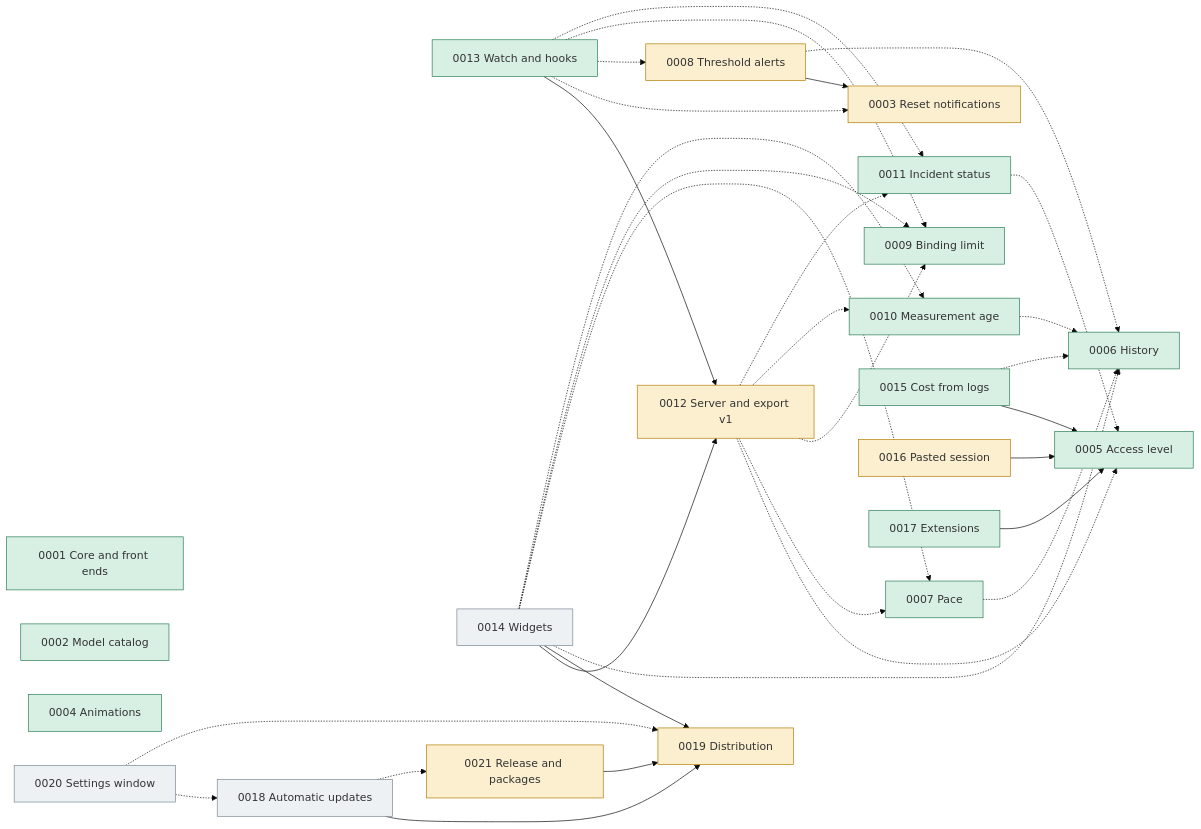
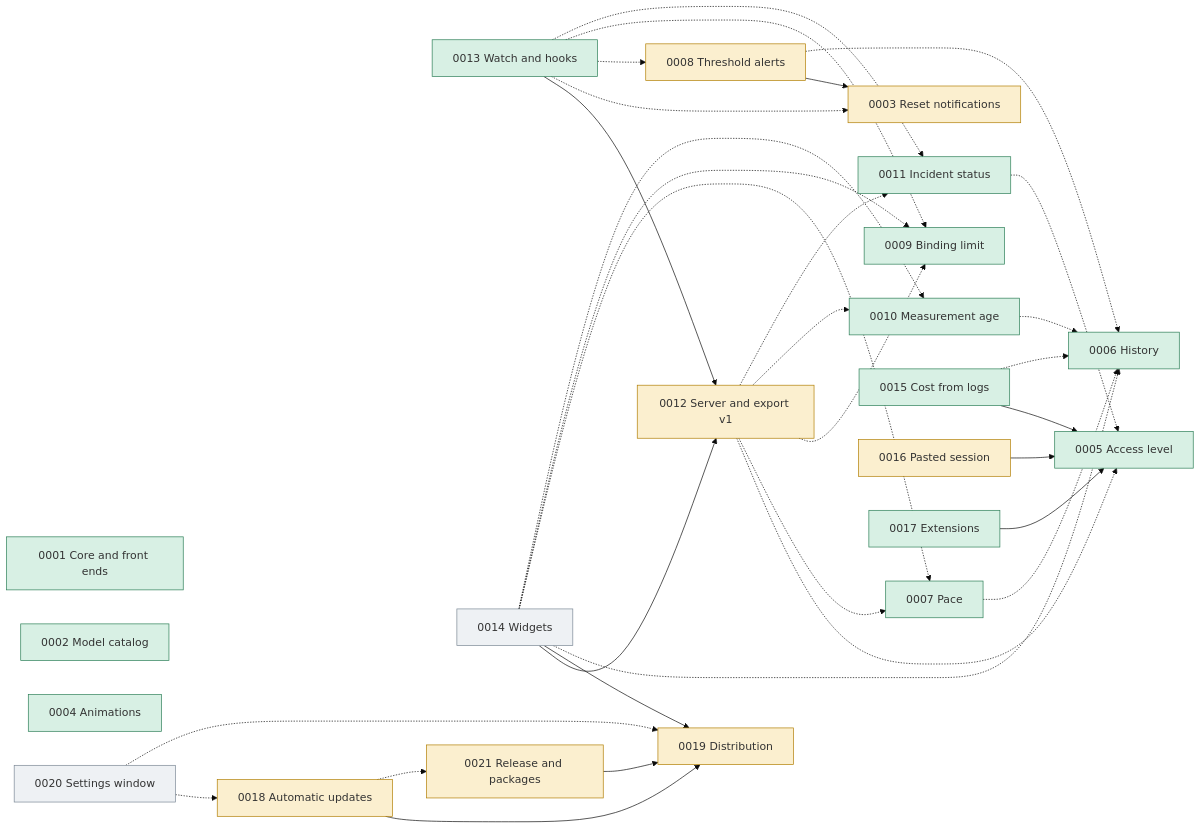
The diagram in docs/plans/0000_control.md (jmarcon/cuotai), drawn with Mermaid (base theme) before and after one commit. The commit also changed other lines of this file and 26 other files, not shown here.

````diff
--- a/docs/plans/0000_control.md
+++ b/docs/plans/0000_control.md
@@ -127,60 +128,60 @@
 ```mermaid
 graph LR
   classDef done fill:#d8f0e4,stroke:#2a7d55
   classDef wip fill:#fbefcf,stroke:#b07d00
   classDef todo fill:#eef1f4,stroke:#7a8794
 
   P1["0001 Core and front ends"]:::done
   P2["0002 Model catalog"]:::done
   P3["0003 Reset notifications"]:::wip
   P4["0004 Animations"]:::done
   P5["0005 Access level"]:::done
   P6["0006 History"]:::done
   P7["0007 Pace"]:::done
   P8["0008 Threshold alerts"]:::wip
   P9["0009 Binding limit"]:::done
   P10["0010 Measurement age"]:::done
   P11["0011 Incident status"]:::done
   P12["0012 Server and export v1"]:::wip
   P13["0013 Watch and hooks"]:::done
   P14["0014 Widgets"]:::todo
   P15["0015 Cost from logs"]:::done
   P16["0016 Pasted session"]:::wip
   P17["0017 Extensions"]:::done
-  P18["0018 Automatic updates"]:::todo
+  P18["0018 Automatic updates"]:::wip
   P19["0019 Distribution"]:::wip
   P20["0020 Settings window"]:::todo
   P21["0021 Release and packages"]:::wip
 
   P8 --> P3
   P13 --> P12
   P14 --> P12
   P14 --> P19
   P15 --> P5
   P16 --> P5
   P17 --> P5
   P18 --> P19
 
   P7 -.-> P6
   P8 -.-> P6
   P10 -.-> P6
   P11 -.-> P5
   P15 -.-> P6
   P12 -.-> P5
   P12 -.-> P7
   P12 -.-> P9
   P12 -.-> P10
   P12 -.-> P11
   P13 -.-> P3
   P13 -.-> P8
   P13 -.-> P9
   P13 -.-> P11
   P14 -.-> P6
   P14 -.-> P7
   P14 -.-> P9
   P14 -.-> P10
   P20 -.-> P18
   P20 -.-> P19
   P21 --> P19
   P18 -.-> P21
 ```
````
